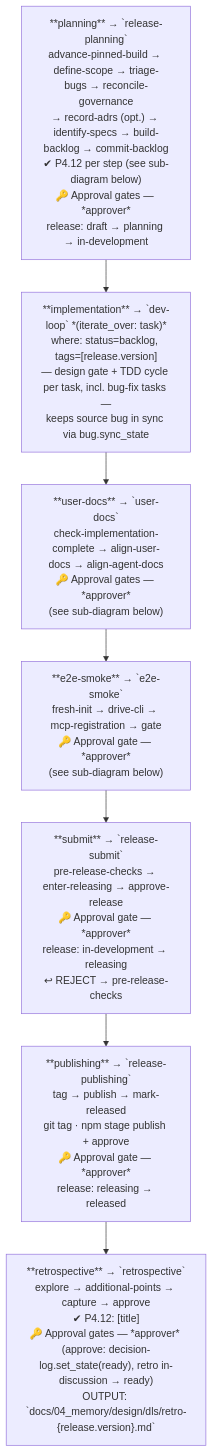
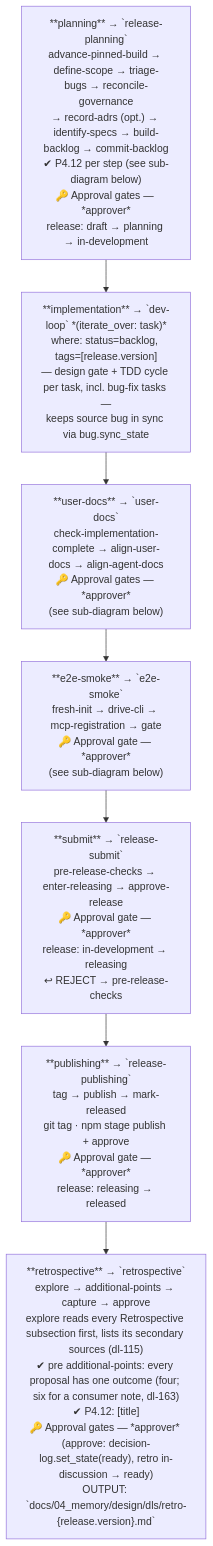
The eighth of 24 diagrams in .wingfoil/WORKFLOW.md (wingfoil/wingfoil), drawn with Mermaid before and after one commit. The commit also changed 5 other files, not shown here.

First line of the commit message:
feat(workflow): task-213 — retrospective notes are written during the release: ### Retrospective in the task, bug and plan templates; retrospective.yaml 1.4 lists secondary sources and disposes of every proposal

````diff
--- a/.wingfoil/WORKFLOW.md
+++ b/.wingfoil/WORKFLOW.md
@@ -188,18 +188,18 @@
 ```mermaid
 flowchart TD
     RP["**planning** → `release-planning`\nadvance-pinned-build → define-scope → triage-bugs → reconcile-governance\n→ record-adrs (opt.) → identify-specs → build-backlog → commit-backlog\n✔ P4.12 per step (see sub-diagram below)\n🔑 Approval gates — *approver*\nrelease: draft → planning → in-development"]
 
     DL["**implementation** → `dev-loop` *(iterate_over: task)*\nwhere: status=backlog, tags=[release.version]\n— design gate + TDD cycle per task, incl. bug-fix tasks —\nkeeps source bug in sync via bug.sync_state"]
 
     UD["**user-docs** → `user-docs`\ncheck-implementation-complete → align-user-docs → align-agent-docs\n🔑 Approval gates — *approver*\n(see sub-diagram below)"]
 
     ES["**e2e-smoke** → `e2e-smoke`\nfresh-init → drive-cli → mcp-registration → gate\n🔑 Approval gate — *approver*\n(see sub-diagram below)"]
 
     RS["**submit** → `release-submit`\npre-release-checks → enter-releasing → approve-release\n🔑 Approval gate — *approver*\nrelease: in-development → releasing\n↩ REJECT → pre-release-checks"]
 
     RP2["**publishing** → `release-publishing`\ntag → publish → mark-released\ngit tag · npm stage publish + approve\n🔑 Approval gate — *approver*\nrelease: releasing → released"]
 
-    RT["**retrospective** → `retrospective`\nexplore → additional-points → capture → approve\n✔ P4.12: [title]\n🔑 Approval gates — *approver* (approve: decision-log.set_state(ready), retro in-discussion → ready)\nOUTPUT: `docs/04_memory/design/dls/retro-{release.version}.md`"]
+    RT["**retrospective** → `retrospective`\nexplore → additional-points → capture → approve\nexplore reads every Retrospective subsection first, lists its secondary sources (dl-115)\n✔ pre additional-points: every proposal has one outcome (four; six for a consumer note, dl-163)\n✔ P4.12: [title]\n🔑 Approval gates — *approver* (approve: decision-log.set_state(ready), retro in-discussion → ready)\nOUTPUT: `docs/04_memory/design/dls/retro-{release.version}.md`"]
 
     RP --> DL --> UD --> ES --> RS --> RP2 --> RT
 ```
````
